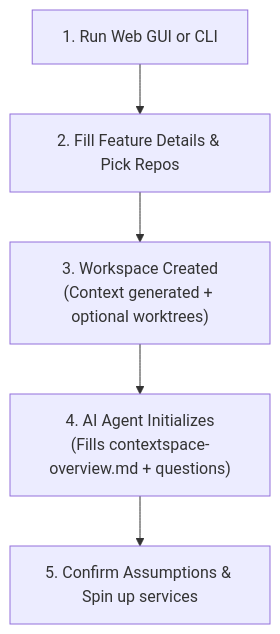
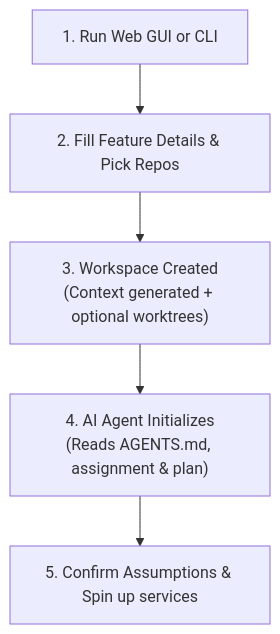
One commit to antan87/NexusFlow changed the diagram in GETTING_STARTED.md. Above: the diagram before and after it, drawn with Mermaid. The commit also changed other lines of this file and 2 other files, not shown here.

````diff
--- a/GETTING_STARTED.md
+++ b/GETTING_STARTED.md
@@ -23,7 +23,7 @@
 ```mermaid
 flowchart TD
     A["1. Run Web GUI or CLI"] --> B["2. Fill Feature Details & Pick Repos"]
     B --> C["3. Workspace Created\n(Context generated + optional worktrees)"]
-    C --> D["4. AI Agent Initializes\n(Fills contextspace-overview.md + questions)"]
+    C --> D["4. AI Agent Initializes\n(Reads AGENTS.md, assignment & plan)"]
     D --> E["5. Confirm Assumptions & Spin up services"]
 ```
````
